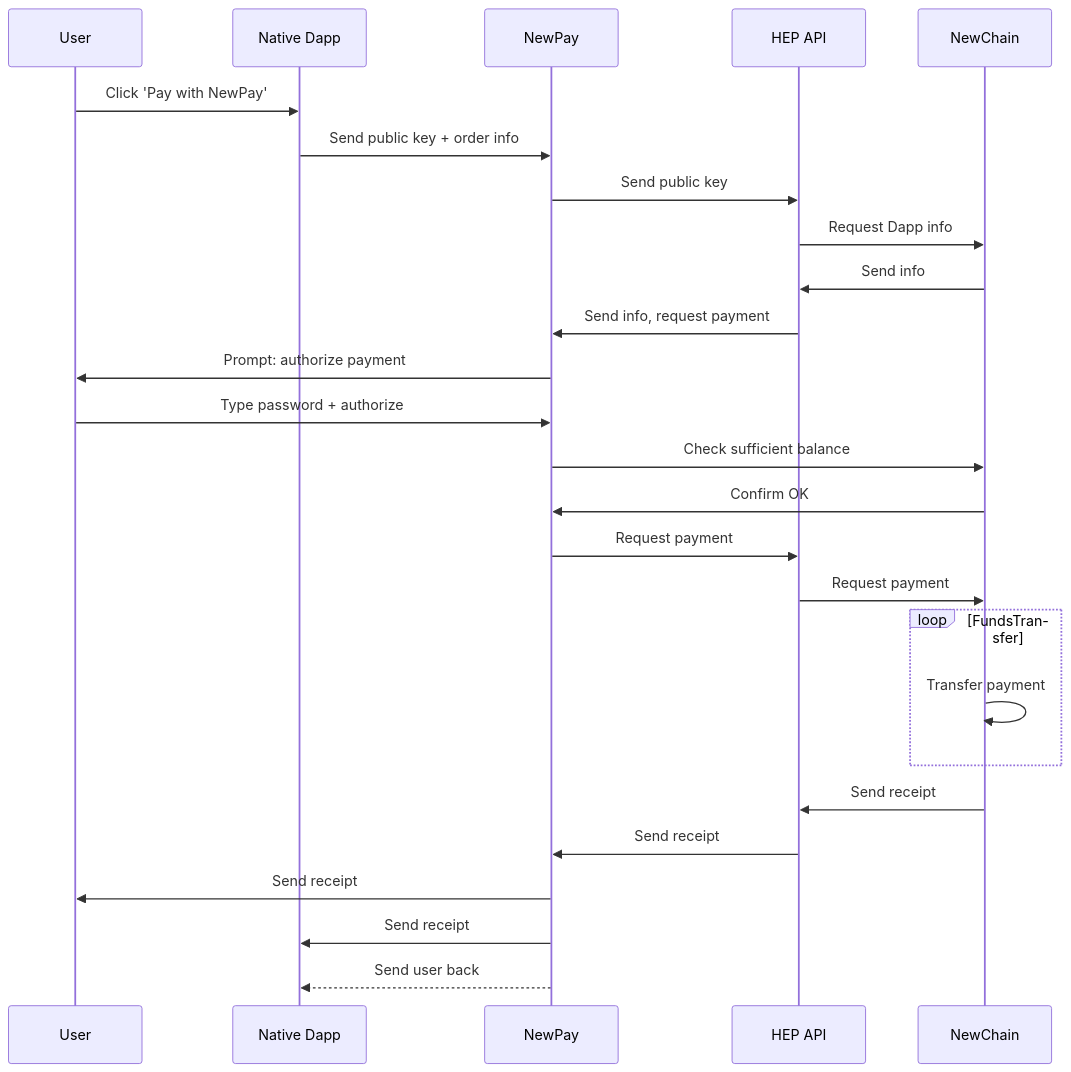
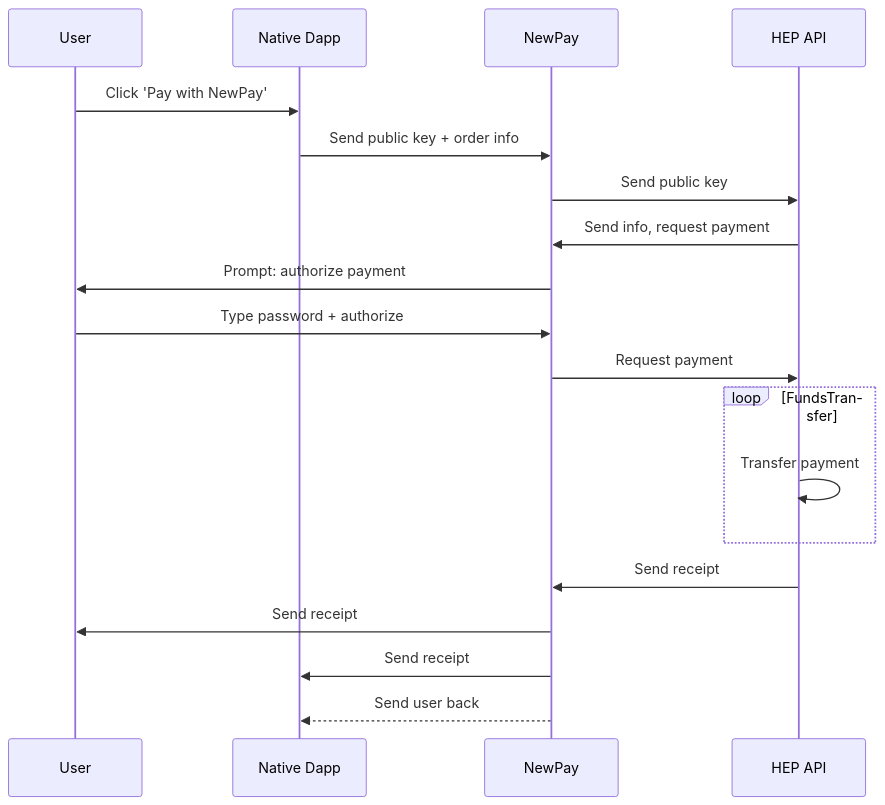
One commit to newtonproject/HEP-specification changed the diagram in diagrams/payment_process_native.mermaid. Above: the diagram before and after it, drawn with Mermaid.

Commit message:
Remove NewChain. Just reference HEP

```diff
--- a/diagrams/payment_process_native.mermaid
+++ b/diagrams/payment_process_native.mermaid
@@ -1,27 +1,20 @@
 sequenceDiagram;
     participant User;
     participant Native Dapp;
 	participant NewPay;
 	participant HEP API;
-	participant NewChain;
 
     User->>Native Dapp: Click 'Pay with NewPay';
 	Native Dapp->>NewPay: Send public key + order info;
 	NewPay->>HEP API: Send public key;
-	HEP API->>NewChain: Request Dapp info;
-	NewChain->>HEP API: Send info;
 	HEP API->>NewPay: Send info, request payment;
 	NewPay->> User: Prompt: authorize payment;
 	User->>NewPay: Type password + authorize;
-	NewPay->>NewChain: Check sufficient balance;
-	NewChain->>NewPay: Confirm OK
 	NewPay->>HEP API: Request payment;
-	HEP API->>NewChain: Request payment;
 loop FundsTransfer;
-        NewChain->>NewChain: Transfer payment;
+        HEP API->>HEP API: Transfer payment;
 	end;
-	NewChain->>HEP API: Send receipt;
 	HEP API->>NewPay: Send receipt;
 	NewPay->>User: Send receipt;
 	NewPay->>Native Dapp: Send receipt;
 	NewPay-->>Native Dapp: Send user back;
```
